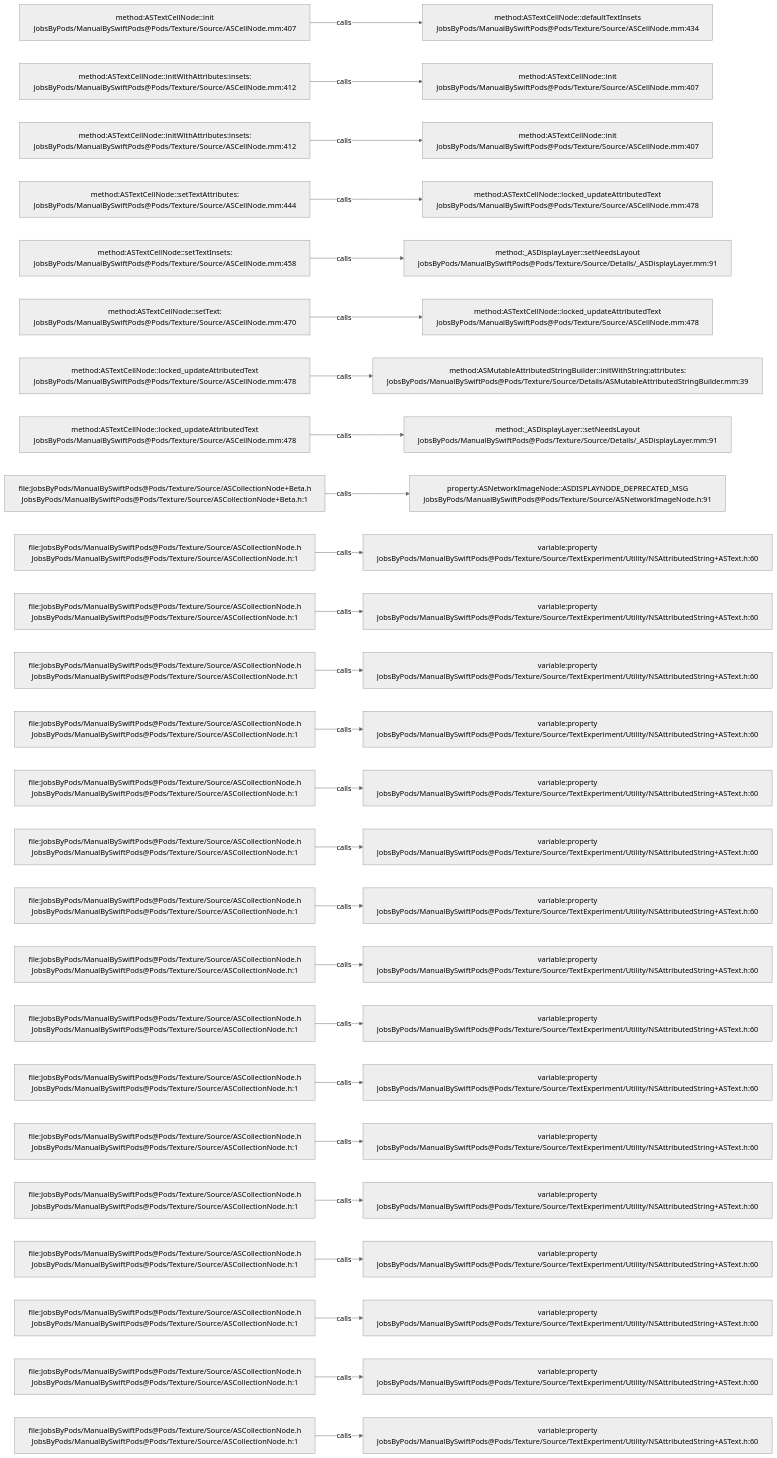
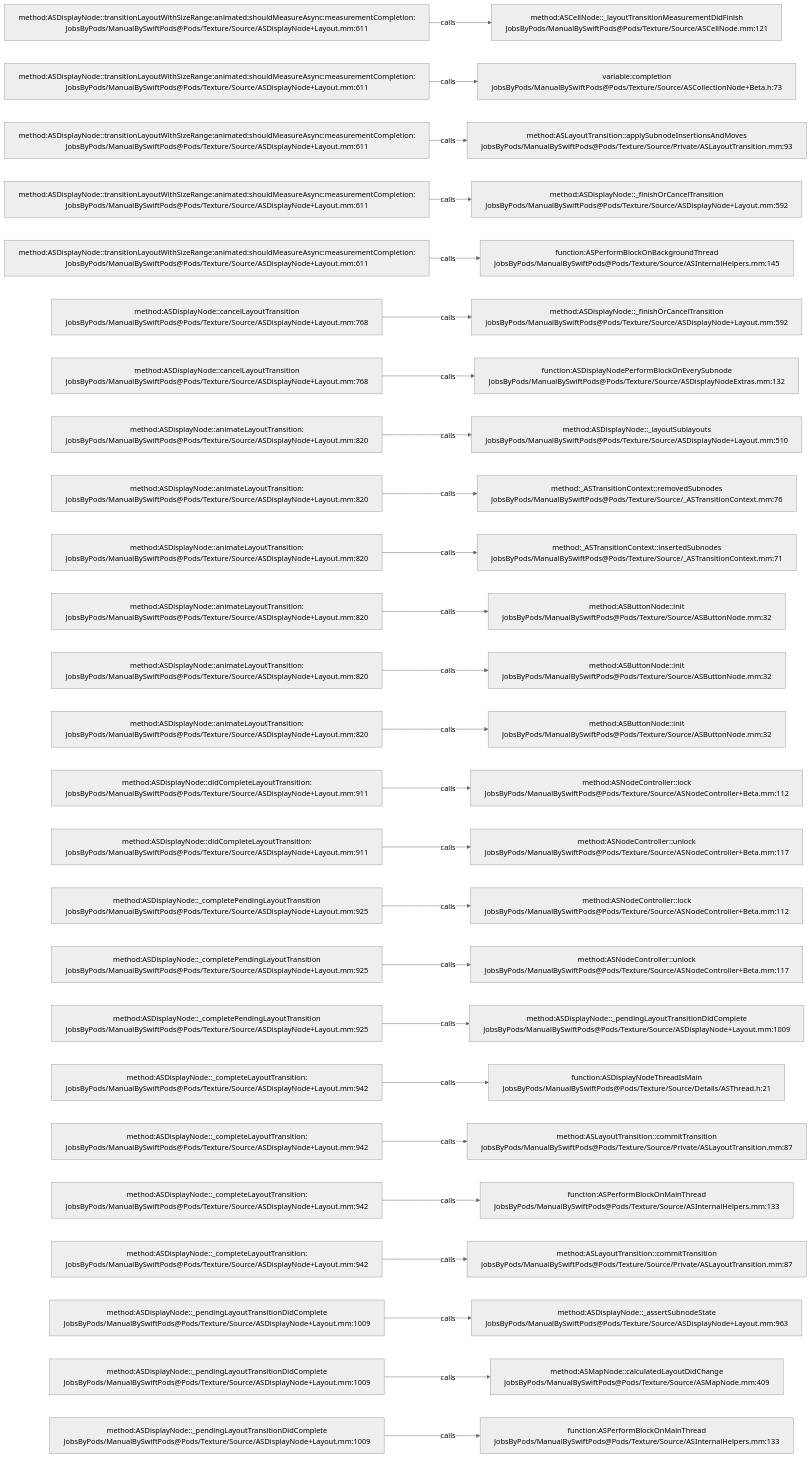
Before and after one commit to JobsKits/JobsSwiftBaseConfigDemo: the diagram in .codegraph/codegraph.md/graphs/calls-024.md, drawn with Mermaid (neutral theme). The commit also changed 832 other files, not shown here.

````diff
--- a/.codegraph/codegraph.md/graphs/calls-024.md
+++ b/.codegraph/codegraph.md/graphs/calls-024.md
@@ -13,78 +13,78 @@
 ```mermaid
 flowchart LR
-  S1["method:ASTextCellNode::init<br/>JobsByPods/ManualBySwiftPods@Pods/Texture/Source/ASCellNode.mm:407"]
-  T1["method:ASTextCellNode::defaultTextInsets<br/>JobsByPods/ManualBySwiftPods@Pods/Texture/Source/ASCellNode.mm:434"]
+  S1["method:ASDisplayNode::transitionLayoutWithSizeRange:animated:shouldMeasureAsync:measurementCompletion:<br/>JobsByPods/ManualBySwiftPods@Pods/Texture/Source/ASDisplayNode+Layout.mm:611"]
+  T1["method:ASCellNode::_layoutTransitionMeasurementDidFinish<br/>JobsByPods/ManualBySwiftPods@Pods/Texture/Source/ASCellNode.mm:121"]
   S1 -->|calls| T1
-  S2["method:ASTextCellNode::initWithAttributes:insets:<br/>JobsByPods/ManualBySwiftPods@Pods/Texture/Source/ASCellNode.mm:412"]
-  T2["method:ASTextCellNode::init<br/>JobsByPods/ManualBySwiftPods@Pods/Texture/Source/ASCellNode.mm:407"]
+  S2["method:ASDisplayNode::transitionLayoutWithSizeRange:animated:shouldMeasureAsync:measurementCompletion:<br/>JobsByPods/ManualBySwiftPods@Pods/Texture/Source/ASDisplayNode+Layout.mm:611"]
+  T2["variable:completion<br/>JobsByPods/ManualBySwiftPods@Pods/Texture/Source/ASCollectionNode+Beta.h:73"]
   S2 -->|calls| T2
-  S3["method:ASTextCellNode::initWithAttributes:insets:<br/>JobsByPods/ManualBySwiftPods@Pods/Texture/Source/ASCellNode.mm:412"]
-  T3["method:ASTextCellNode::init<br/>JobsByPods/ManualBySwiftPods@Pods/Texture/Source/ASCellNode.mm:407"]
+  S3["method:ASDisplayNode::transitionLayoutWithSizeRange:animated:shouldMeasureAsync:measurementCompletion:<br/>JobsByPods/ManualBySwiftPods@Pods/Texture/Source/ASDisplayNode+Layout.mm:611"]
+  T3["method:ASLayoutTransition::applySubnodeInsertionsAndMoves<br/>JobsByPods/ManualBySwiftPods@Pods/Texture/Source/Private/ASLayoutTransition.mm:93"]
   S3 -->|calls| T3
-  S4["method:ASTextCellNode::setTextAttributes:<br/>JobsByPods/ManualBySwiftPods@Pods/Texture/Source/ASCellNode.mm:444"]
-  T4["method:ASTextCellNode::locked_updateAttributedText<br/>JobsByPods/ManualBySwiftPods@Pods/Texture/Source/ASCellNode.mm:478"]
+  S4["method:ASDisplayNode::transitionLayoutWithSizeRange:animated:shouldMeasureAsync:measurementCompletion:<br/>JobsByPods/ManualBySwiftPods@Pods/Texture/Source/ASDisplayNode+Layout.mm:611"]
+  T4["method:ASDisplayNode::_finishOrCancelTransition<br/>JobsByPods/ManualBySwiftPods@Pods/Texture/Source/ASDisplayNode+Layout.mm:592"]
   S4 -->|calls| T4
-  S5["method:ASTextCellNode::setTextInsets:<br/>JobsByPods/ManualBySwiftPods@Pods/Texture/Source/ASCellNode.mm:458"]
-  T5["method:_ASDisplayLayer::setNeedsLayout<br/>JobsByPods/ManualBySwiftPods@Pods/Texture/Source/Details/_ASDisplayLayer.mm:91"]
+  S5["method:ASDisplayNode::transitionLayoutWithSizeRange:animated:shouldMeasureAsync:measurementCompletion:<br/>JobsByPods/ManualBySwiftPods@Pods/Texture/Source/ASDisplayNode+Layout.mm:611"]
+  T5["function:ASPerformBlockOnBackgroundThread<br/>JobsByPods/ManualBySwiftPods@Pods/Texture/Source/ASInternalHelpers.mm:145"]
   S5 -->|calls| T5
-  S6["method:ASTextCellNode::setText:<br/>JobsByPods/ManualBySwiftPods@Pods/Texture/Source/ASCellNode.mm:470"]
-  T6["method:ASTextCellNode::locked_updateAttributedText<br/>JobsByPods/ManualBySwiftPods@Pods/Texture/Source/ASCellNode.mm:478"]
+  S6["method:ASDisplayNode::cancelLayoutTransition<br/>JobsByPods/ManualBySwiftPods@Pods/Texture/Source/ASDisplayNode+Layout.mm:768"]
+  T6["method:ASDisplayNode::_finishOrCancelTransition<br/>JobsByPods/ManualBySwiftPods@Pods/Texture/Source/ASDisplayNode+Layout.mm:592"]
   S6 -->|calls| T6
-  S7["method:ASTextCellNode::locked_updateAttributedText<br/>JobsByPods/ManualBySwiftPods@Pods/Texture/Source/ASCellNode.mm:478"]
-  T7["method:ASMutableAttributedStringBuilder::initWithString:attributes:<br/>JobsByPods/ManualBySwiftPods@Pods/Texture/Source/Details/ASMutableAttributedStringBuilder.mm:39"]
+  S7["method:ASDisplayNode::cancelLayoutTransition<br/>JobsByPods/ManualBySwiftPods@Pods/Texture/Source/ASDisplayNode+Layout.mm:768"]
+  T7["function:ASDisplayNodePerformBlockOnEverySubnode<br/>JobsByPods/ManualBySwiftPods@Pods/Texture/Source/ASDisplayNodeExtras.mm:132"]
   S7 -->|calls| T7
-  S8["method:ASTextCellNode::locked_updateAttributedText<br/>JobsByPods/ManualBySwiftPods@Pods/Texture/Source/ASCellNode.mm:478"]
-  T8["method:_ASDisplayLayer::setNeedsLayout<br/>JobsByPods/ManualBySwiftPods@Pods/Texture/Source/Details/_ASDisplayLayer.mm:91"]
+  S8["method:ASDisplayNode::animateLayoutTransition:<br/>JobsByPods/ManualBySwiftPods@Pods/Texture/Source/ASDisplayNode+Layout.mm:820"]
+  T8["method:ASDisplayNode::_layoutSublayouts<br/>JobsByPods/ManualBySwiftPods@Pods/Texture/Source/ASDisplayNode+Layout.mm:510"]
   S8 -->|calls| T8
-  S9["file:JobsByPods/ManualBySwiftPods@Pods/Texture/Source/ASCollectionNode+Beta.h<br/>JobsByPods/ManualBySwiftPods@Pods/Texture/Source/ASCollectionNode+Beta.h:1"]
-  T9["property:ASNetworkImageNode::ASDISPLAYNODE_DEPRECATED_MSG<br/>JobsByPods/ManualBySwiftPods@Pods/Texture/Source/ASNetworkImageNode.h:91"]
+  S9["method:ASDisplayNode::animateLayoutTransition:<br/>JobsByPods/ManualBySwiftPods@Pods/Texture/Source/ASDisplayNode+Layout.mm:820"]
+  T9["method:_ASTransitionContext::removedSubnodes<br/>JobsByPods/ManualBySwiftPods@Pods/Texture/Source/_ASTransitionContext.mm:76"]
   S9 -->|calls| T9
-  S10["file:JobsByPods/ManualBySwiftPods@Pods/Texture/Source/ASCollectionNode.h<br/>JobsByPods/ManualBySwiftPods@Pods/Texture/Source/ASCollectionNode.h:1"]
-  T10["variable:property<br/>JobsByPods/ManualBySwiftPods@Pods/Texture/Source/TextExperiment/Utility/NSAttributedString+ASText.h:60"]
+  S10["method:ASDisplayNode::animateLayoutTransition:<br/>JobsByPods/ManualBySwiftPods@Pods/Texture/Source/ASDisplayNode+Layout.mm:820"]
+  T10["method:_ASTransitionContext::insertedSubnodes<br/>JobsByPods/ManualBySwiftPods@Pods/Texture/Source/_ASTransitionContext.mm:71"]
   S10 -->|calls| T10
-  S11["file:JobsByPods/ManualBySwiftPods@Pods/Texture/Source/ASCollectionNode.h<br/>JobsByPods/ManualBySwiftPods@Pods/Texture/Source/ASCollectionNode.h:1"]
-  T11["variable:property<br/>JobsByPods/ManualBySwiftPods@Pods/Texture/Source/TextExperiment/Utility/NSAttributedString+ASText.h:60"]
+  S11["method:ASDisplayNode::animateLayoutTransition:<br/>JobsByPods/ManualBySwiftPods@Pods/Texture/Source/ASDisplayNode+Layout.mm:820"]
+  T11["method:ASButtonNode::init<br/>JobsByPods/ManualBySwiftPods@Pods/Texture/Source/ASButtonNode.mm:32"]
   S11 -->|calls| T11
-  S12["file:JobsByPods/ManualBySwiftPods@Pods/Texture/Source/ASCollectionNode.h<br/>JobsByPods/ManualBySwiftPods@Pods/Texture/Source/ASCollectionNode.h:1"]
-  T12["variable:property<br/>JobsByPods/ManualBySwiftPods@Pods/Texture/Source/TextExperiment/Utility/NSAttributedString+ASText.h:60"]
+  S12["method:ASDisplayNode::animateLayoutTransition:<br/>JobsByPods/ManualBySwiftPods@Pods/Texture/Source/ASDisplayNode+Layout.mm:820"]
+  T12["method:ASButtonNode::init<br/>JobsByPods/ManualBySwiftPods@Pods/Texture/Source/ASButtonNode.mm:32"]
   S12 -->|calls| T12
-  S13["file:JobsByPods/ManualBySwiftPods@Pods/Texture/Source/ASCollectionNode.h<br/>JobsByPods/ManualBySwiftPods@Pods/Texture/Source/ASCollectionNode.h:1"]
-  T13["variable:property<br/>JobsByPods/ManualBySwiftPods@Pods/Texture/Source/TextExperiment/Utility/NSAttributedString+ASText.h:60"]
+  S13["method:ASDisplayNode::animateLayoutTransition:<br/>JobsByPods/ManualBySwiftPods@Pods/Texture/Source/ASDisplayNode+Layout.mm:820"]
+  T13["method:ASButtonNode::init<br/>JobsByPods/ManualBySwiftPods@Pods/Texture/Source/ASButtonNode.mm:32"]
   S13 -->|calls| T13
-  S14["file:JobsByPods/ManualBySwiftPods@Pods/Texture/Source/ASCollectionNode.h<br/>JobsByPods/ManualBySwiftPods@Pods/Texture/Source/ASCollectionNode.h:1"]
-  T14["variable:property<br/>JobsByPods/ManualBySwiftPods@Pods/Texture/Source/TextExperiment/Utility/NSAttributedString+ASText.h:60"]
+  S14["method:ASDisplayNode::didCompleteLayoutTransition:<br/>JobsByPods/ManualBySwiftPods@Pods/Texture/Source/ASDisplayNode+Layout.mm:911"]
+  T14["method:ASNodeController::lock<br/>JobsByPods/ManualBySwiftPods@Pods/Texture/Source/ASNodeController+Beta.mm:112"]
   S14 -->|calls| T14
-  S15["file:JobsByPods/ManualBySwiftPods@Pods/Texture/Source/ASCollectionNode.h<br/>JobsByPods/ManualBySwiftPods@Pods/Texture/Source/ASCollectionNode.h:1"]
-  T15["variable:property<br/>JobsByPods/ManualBySwiftPods@Pods/Texture/Source/TextExperiment/Utility/NSAttributedString+ASText.h:60"]
+  S15["method:ASDisplayNode::didCompleteLayoutTransition:<br/>JobsByPods/ManualBySwiftPods@Pods/Texture/Source/ASDisplayNode+Layout.mm:911"]
+  T15["method:ASNodeController::unlock<br/>JobsByPods/ManualBySwiftPods@Pods/Texture/Source/ASNodeController+Beta.mm:117"]
   S15 -->|calls| T15
-  S16["file:JobsByPods/ManualBySwiftPods@Pods/Texture/Source/ASCollectionNode.h<br/>JobsByPods/ManualBySwiftPods@Pods/Texture/Source/ASCollectionNode.h:1"]
-  T16["variable:property<br/>JobsByPods/ManualBySwiftPods@Pods/Texture/Source/TextExperiment/Utility/NSAttributedString+ASText.h:60"]
+  S16["method:ASDisplayNode::_completePendingLayoutTransition<br/>JobsByPods/ManualBySwiftPods@Pods/Texture/Source/ASDisplayNode+Layout.mm:925"]
+  T16["method:ASNodeController::lock<br/>JobsByPods/ManualBySwiftPods@Pods/Texture/Source/ASNodeController+Beta.mm:112"]
   S16 -->|calls| T16
-  S17["file:JobsByPods/ManualBySwiftPods@Pods/Texture/Source/ASCollectionNode.h<br/>JobsByPods/ManualBySwiftPods@Pods/Texture/Source/ASCollectionNode.h:1"]
-  T17["variable:property<br/>JobsByPods/ManualBySwiftPods@Pods/Texture/Source/TextExperiment/Utility/NSAttributedString+ASText.h:60"]
+  S17["method:ASDisplayNode::_completePendingLayoutTransition<br/>JobsByPods/ManualBySwiftPods@Pods/Texture/Source/ASDisplayNode+Layout.mm:925"]
+  T17["method:ASNodeController::unlock<br/>JobsByPods/ManualBySwiftPods@Pods/Texture/Source/ASNodeController+Beta.mm:117"]
   S17 -->|calls| T17
-  S18["file:JobsByPods/ManualBySwiftPods@Pods/Texture/Source/ASCollectionNode.h<br/>JobsByPods/ManualBySwiftPods@Pods/Texture/Source/ASCollectionNode.h:1"]
-  T18["variable:property<br/>JobsByPods/ManualBySwiftPods@Pods/Texture/Source/TextExperiment/Utility/NSAttributedString+ASText.h:60"]
+  S18["method:ASDisplayNode::_completePendingLayoutTransition<br/>JobsByPods/ManualBySwiftPods@Pods/Texture/Source/ASDisplayNode+Layout.mm:925"]
+  T18["method:ASDisplayNode::_pendingLayoutTransitionDidComplete<br/>JobsByPods/ManualBySwiftPods@Pods/Texture/Source/ASDisplayNode+Layout.mm:1009"]
   S18 -->|calls| T18
-  S19["file:JobsByPods/ManualBySwiftPods@Pods/Texture/Source/ASCollectionNode.h<br/>JobsByPods/ManualBySwiftPods@Pods/Texture/Source/ASCollectionNode.h:1"]
-  T19["variable:property<br/>JobsByPods/ManualBySwiftPods@Pods/Texture/Source/TextExperiment/Utility/NSAttributedString+ASText.h:60"]
+  S19["method:ASDisplayNode::_completeLayoutTransition:<br/>JobsByPods/ManualBySwiftPods@Pods/Texture/Source/ASDisplayNode+Layout.mm:942"]
+  T19["function:ASDisplayNodeThreadIsMain<br/>JobsByPods/ManualBySwiftPods@Pods/Texture/Source/Details/ASThread.h:21"]
   S19 -->|calls| T19
-  S20["file:JobsByPods/ManualBySwiftPods@Pods/Texture/Source/ASCollectionNode.h<br/>JobsByPods/ManualBySwiftPods@Pods/Texture/Source/ASCollectionNode.h:1"]
-  T20["variable:property<br/>JobsByPods/ManualBySwiftPods@Pods/Texture/Source/TextExperiment/Utility/NSAttributedString+ASText.h:60"]
+  S20["method:ASDisplayNode::_completeLayoutTransition:<br/>JobsByPods/ManualBySwiftPods@Pods/Texture/Source/ASDisplayNode+Layout.mm:942"]
+  T20["method:ASLayoutTransition::commitTransition<br/>JobsByPods/ManualBySwiftPods@Pods/Texture/Source/Private/ASLayoutTransition.mm:87"]
   S20 -->|calls| T20
-  S21["file:JobsByPods/ManualBySwiftPods@Pods/Texture/Source/ASCollectionNode.h<br/>JobsByPods/ManualBySwiftPods@Pods/Texture/Source/ASCollectionNode.h:1"]
-  T21["variable:property<br/>JobsByPods/ManualBySwiftPods@Pods/Texture/Source/TextExperiment/Utility/NSAttributedString+ASText.h:60"]
+  S21["method:ASDisplayNode::_completeLayoutTransition:<br/>JobsByPods/ManualBySwiftPods@Pods/Texture/Source/ASDisplayNode+Layout.mm:942"]
+  T21["function:ASPerformBlockOnMainThread<br/>JobsByPods/ManualBySwiftPods@Pods/Texture/Source/ASInternalHelpers.mm:133"]
   S21 -->|calls| T21
-  S22["file:JobsByPods/ManualBySwiftPods@Pods/Texture/Source/ASCollectionNode.h<br/>JobsByPods/ManualBySwiftPods@Pods/Texture/Source/ASCollectionNode.h:1"]
-  T22["variable:property<br/>JobsByPods/ManualBySwiftPods@Pods/Texture/Source/TextExperiment/Utility/NSAttributedString+ASText.h:60"]
+  S22["method:ASDisplayNode::_completeLayoutTransition:<br/>JobsByPods/ManualBySwiftPods@Pods/Texture/Source/ASDisplayNode+Layout.mm:942"]
+  T22["method:ASLayoutTransition::commitTransition<br/>JobsByPods/ManualBySwiftPods@Pods/Texture/Source/Private/ASLayoutTransition.mm:87"]
   S22 -->|calls| T22
-  S23["file:JobsByPods/ManualBySwiftPods@Pods/Texture/Source/ASCollectionNode.h<br/>JobsByPods/ManualBySwiftPods@Pods/Texture/Source/ASCollectionNode.h:1"]
-  T23["variable:property<br/>JobsByPods/ManualBySwiftPods@Pods/Texture/Source/TextExperiment/Utility/NSAttributedString+ASText.h:60"]
+  S23["method:ASDisplayNode::_pendingLayoutTransitionDidComplete<br/>JobsByPods/ManualBySwiftPods@Pods/Texture/Source/ASDisplayNode+Layout.mm:1009"]
+  T23["method:ASDisplayNode::_assertSubnodeState<br/>JobsByPods/ManualBySwiftPods@Pods/Texture/Source/ASDisplayNode+Layout.mm:963"]
   S23 -->|calls| T23
-  S24["file:JobsByPods/ManualBySwiftPods@Pods/Texture/Source/ASCollectionNode.h<br/>JobsByPods/ManualBySwiftPods@Pods/Texture/Source/ASCollectionNode.h:1"]
-  T24["variable:property<br/>JobsByPods/ManualBySwiftPods@Pods/Texture/Source/TextExperiment/Utility/NSAttributedString+ASText.h:60"]
+  S24["method:ASDisplayNode::_pendingLayoutTransitionDidComplete<br/>JobsByPods/ManualBySwiftPods@Pods/Texture/Source/ASDisplayNode+Layout.mm:1009"]
+  T24["method:ASMapNode::calculatedLayoutDidChange<br/>JobsByPods/ManualBySwiftPods@Pods/Texture/Source/ASMapNode.mm:409"]
   S24 -->|calls| T24
-  S25["file:JobsByPods/ManualBySwiftPods@Pods/Texture/Source/ASCollectionNode.h<br/>JobsByPods/ManualBySwiftPods@Pods/Texture/Source/ASCollectionNode.h:1"]
-  T25["variable:property<br/>JobsByPods/ManualBySwiftPods@Pods/Texture/Source/TextExperiment/Utility/NSAttributedString+ASText.h:60"]
+  S25["method:ASDisplayNode::_pendingLayoutTransitionDidComplete<br/>JobsByPods/ManualBySwiftPods@Pods/Texture/Source/ASDisplayNode+Layout.mm:1009"]
+  T25["function:ASPerformBlockOnMainThread<br/>JobsByPods/ManualBySwiftPods@Pods/Texture/Source/ASInternalHelpers.mm:133"]
   S25 -->|calls| T25
 ```
````
